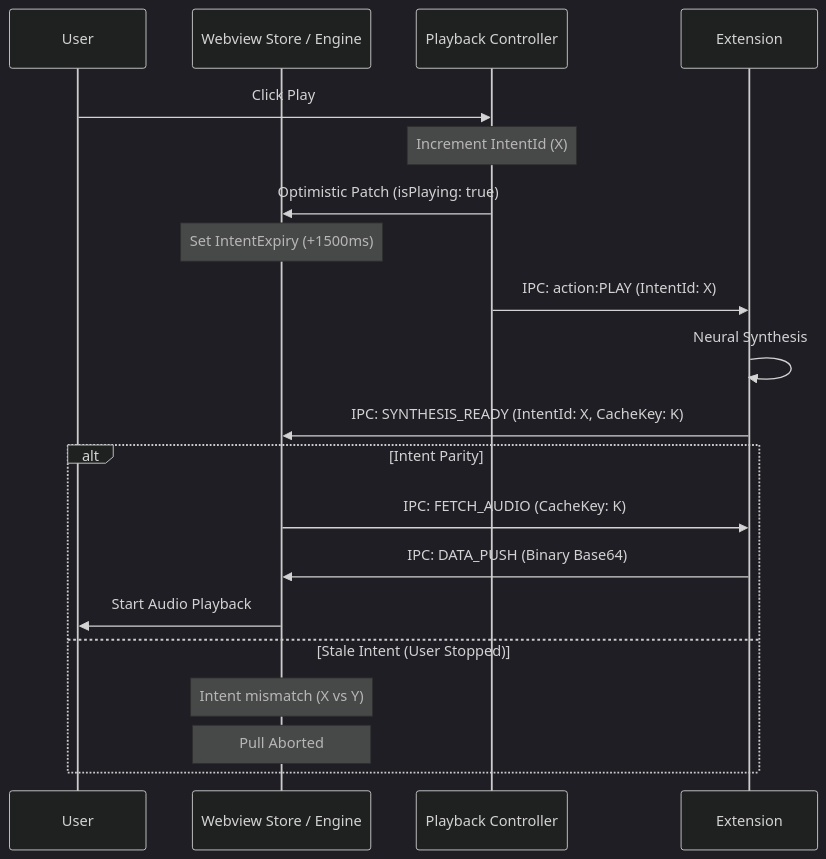
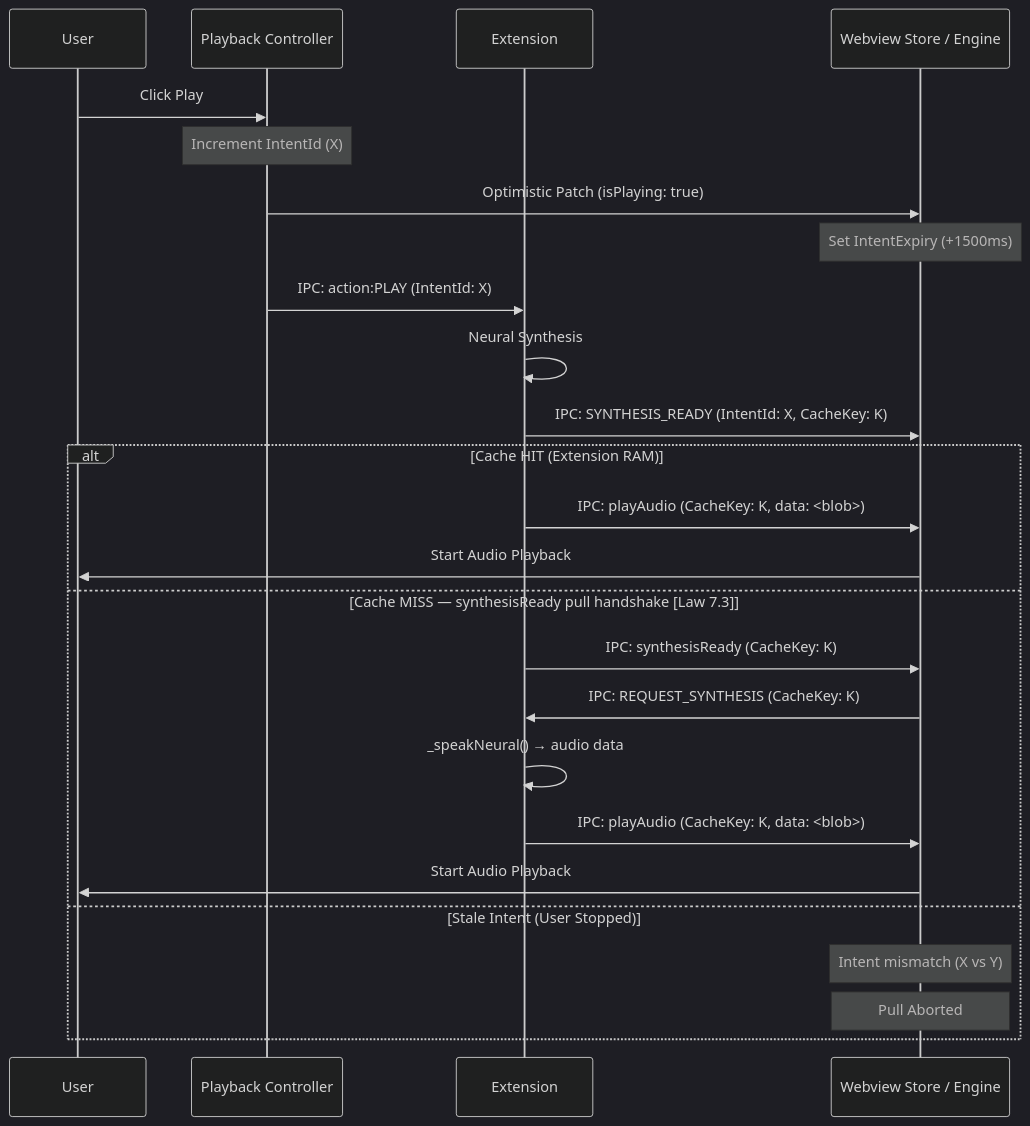
One commit to IdanDavidAviv/virgo changed the second of 2 diagrams in .agent/skills/autoplay_orchestration/SKILL.md. Above: the diagram before and after it, drawn with Mermaid (dark theme). The commit also changed other lines of this file and 3 other files, not shown here.

````diff
--- a/.agent/skills/autoplay_orchestration/SKILL.md
+++ b/.agent/skills/autoplay_orchestration/SKILL.md
@@ -45,26 +45,30 @@
 ```mermaid
 sequenceDiagram
     participant U as User
-    participant S as Webview Store
     participant C as Playback Controller
     participant E as Extension
     participant S as Webview Store / Engine
 
     U->>C: Click Play
     Note over C: Increment IntentId (X)
     C->>S: Optimistic Patch (isPlaying: true)
     Note over S: Set IntentExpiry (+1500ms)
     C->>E: IPC: action:PLAY (IntentId: X)
     
     E->>E: Neural Synthesis
     E->>S: IPC: SYNTHESIS_READY (IntentId: X, CacheKey: K)
     
-    alt Intent Parity
-        S->>E: IPC: FETCH_AUDIO (CacheKey: K)
-        E->>S: IPC: DATA_PUSH (Binary Base64)
+    alt Cache HIT (Extension RAM)
+        E->>S: IPC: playAudio (CacheKey: K, data: <blob>)
+        S->>U: Start Audio Playback
+    else Cache MISS — synthesisReady pull handshake [Law 7.3]
+        E->>S: IPC: synthesisReady (CacheKey: K)
+        S->>E: IPC: REQUEST_SYNTHESIS (CacheKey: K)
+        E->>E: _speakNeural() → audio data
+        E->>S: IPC: playAudio (CacheKey: K, data: <blob>)
         S->>U: Start Audio Playback
     else Stale Intent (User Stopped)
         Note over S: Intent mismatch (X vs Y)
         Note over S: Pull Aborted
     end
 ```
````
